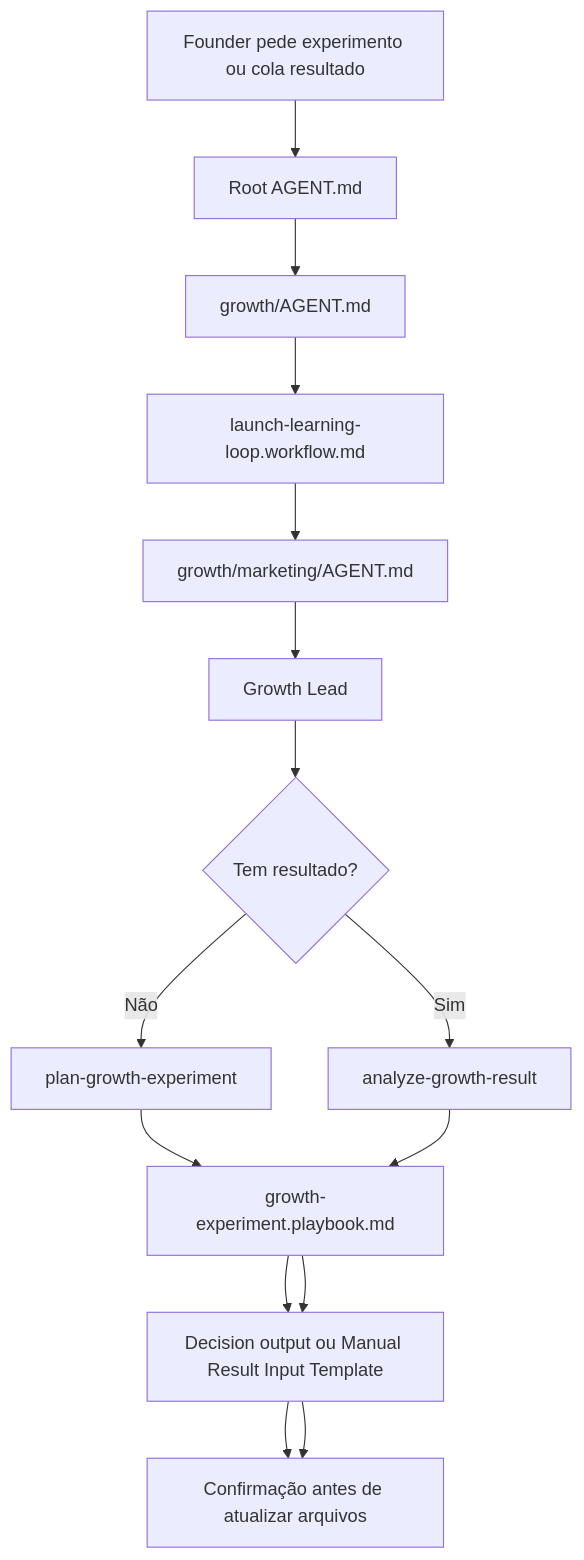
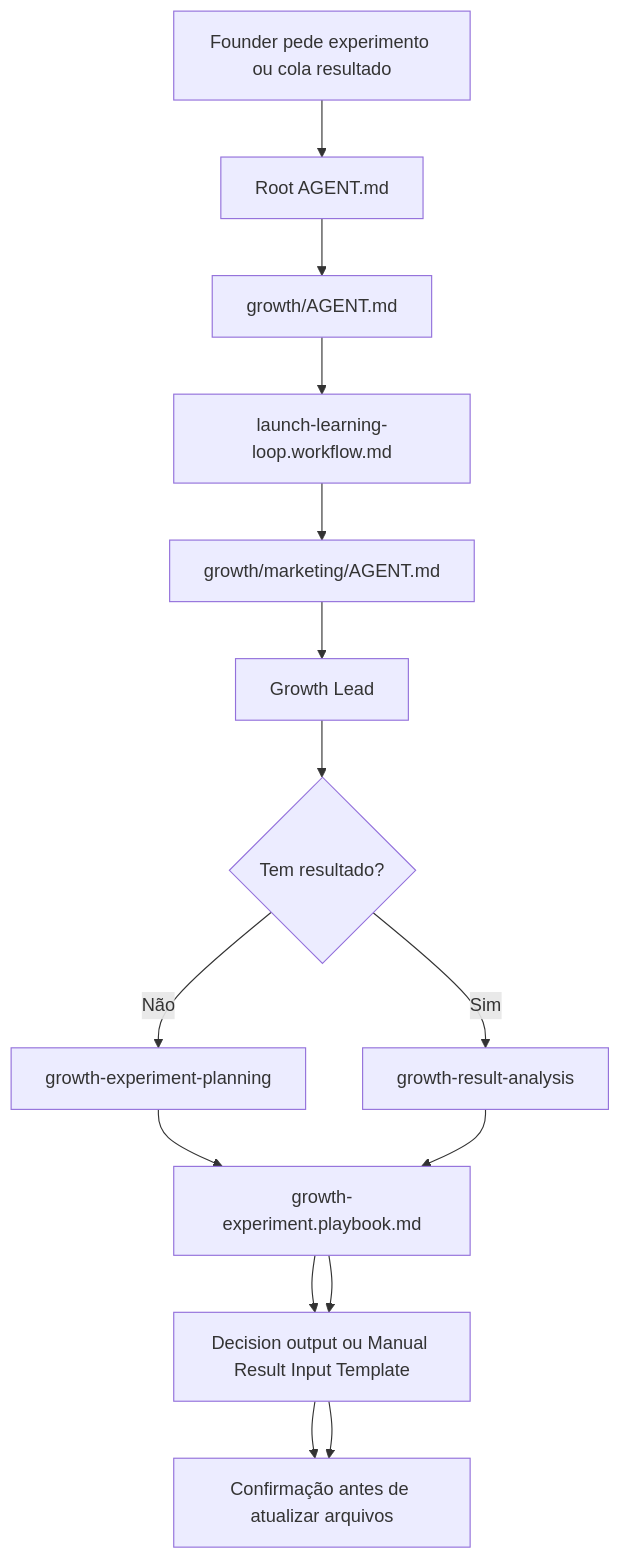
One commit to desousajhonny/leanOS changed the diagram in docs/framework/founder-journeys/growth-experiment-learning.md. Above: the diagram before and after it, drawn with Mermaid. The commit also changed other lines of this file and 89 other files, not shown here.

````diff
--- a/docs/framework/founder-journeys/growth-experiment-learning.md
+++ b/docs/framework/founder-journeys/growth-experiment-learning.md
@@ -14,19 +14,19 @@
 ```mermaid
 flowchart TD
   A["Founder pede experimento ou cola resultado"]
   B["Root AGENT.md"]
   C["growth/AGENT.md"]
   D["launch-learning-loop.workflow.md"]
   E["growth/marketing/AGENT.md"]
   F["Growth Lead"]
   G{"Tem resultado?"}
-  H["plan-growth-experiment"]
-  I["analyze-growth-result"]
+  H["growth-experiment-planning"]
+  I["growth-result-analysis"]
   J["growth-experiment.playbook.md"]
   K["Decision output ou Manual Result Input Template"]
   L["Confirmação antes de atualizar arquivos"]
 
   A --> B --> C --> D --> E --> F --> G
   G -->|Não| H --> J --> K --> L
   G -->|Sim| I --> J --> K --> L
 ```
````
